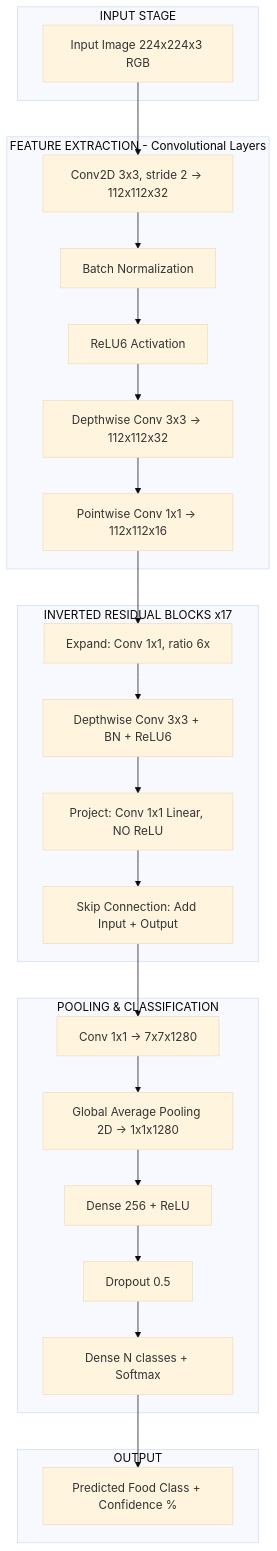
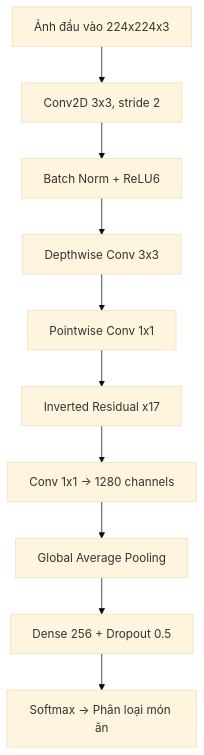
Before and after one commit to DevOpsLogistics/FoodVision-Ai: the first of 11 diagrams in README.md, drawn with Mermaid (base theme). The commit also changed other lines of this file, not shown here.

Commit message:
Docs: Fix Vietnamese diacritics, simplify Mermaid diagrams, remove UI implementation details

````diff
--- a/README.md
+++ b/README.md
@@ -202,37 +170,12 @@
 ```mermaid
 graph TD
-    subgraph Input_Stage ["INPUT STAGE"]
-        A["Input Image 224x224x3 RGB"]
-    end
-
-    subgraph Feature_Extraction ["FEATURE EXTRACTION - Convolutional Layers"]
-        B["Conv2D 3x3, stride 2 -> 112x112x32"]
-        C["Batch Normalization"]
-        D["ReLU6 Activation"]
-        E["Depthwise Conv 3x3 -> 112x112x32"]
-        F["Pointwise Conv 1x1 -> 112x112x16"]
-    end
-
-    subgraph Bottleneck_Blocks ["INVERTED RESIDUAL BLOCKS x17"]
-        G["Expand: Conv 1x1, ratio 6x"]
-        H["Depthwise Conv 3x3 + BN + ReLU6"]
-        I["Project: Conv 1x1 Linear, NO ReLU"]
-        J["Skip Connection: Add Input + Output"]
-    end
-
-    subgraph Pooling_Stage ["POOLING & CLASSIFICATION"]
-        K["Conv 1x1 -> 7x7x1280"]
-        L["Global Average Pooling 2D -> 1x1x1280"]
-        M["Dense 256 + ReLU"]
-        N["Dropout 0.5"]
-        O["Dense N classes + Softmax"]
-    end
-
-    subgraph Output_Stage ["OUTPUT"]
-        P["Predicted Food Class + Confidence %"]
-    end
-
-    A --> B --> C --> D --> E --> F
-    F --> G --> H --> I --> J
-    J --> K --> L --> M --> N --> O --> P
+    A["Ảnh đầu vào 224x224x3"] --> B["Conv2D 3x3, stride 2"]
+    B --> C["Batch Norm + ReLU6"]
+    C --> D["Depthwise Conv 3x3"]
+    D --> E["Pointwise Conv 1x1"]
+    E --> F["Inverted Residual x17"]
+    F --> G["Conv 1x1 -> 1280 channels"]
+    G --> H["Global Average Pooling"]
+    H --> I["Dense 256 + Dropout 0.5"]
+    I --> J["Softmax -> Phân loại món ăn"]
 ```
````
